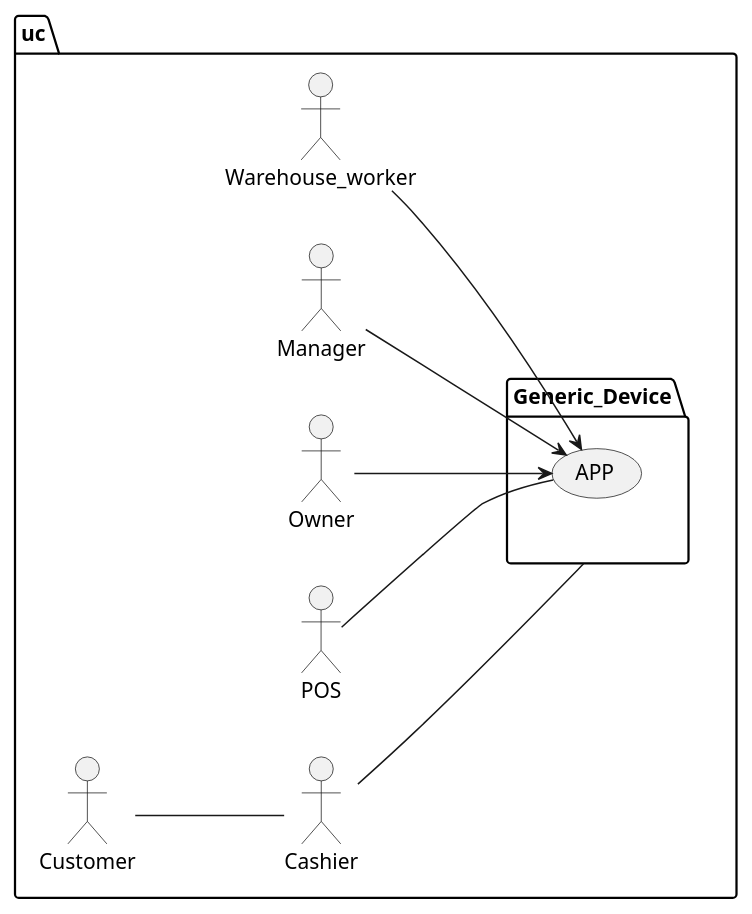
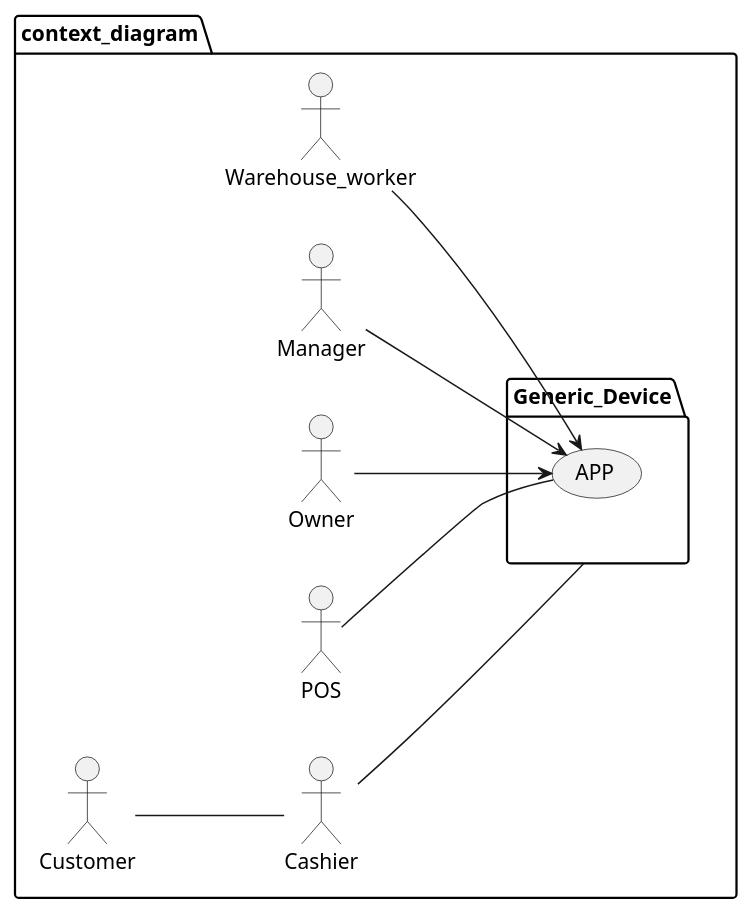
The first of 2 diagrams in Deliverables/RequirementsDocument.md (mkexc/ezshop), drawn with PlantUML before and after one commit. The commit also changed other lines of this file, not shown here.

Commit message:
Added use cases diagram

````diff
--- a/Deliverables/RequirementsDocument.md
+++ b/Deliverables/RequirementsDocument.md
@@ -180,25 +53,24 @@
 ```plantuml
-
 @startuml
 left to right direction
-package uc {
+package context_diagram {
   actor Warehouse_worker as WW
   actor Manager as MNG
   actor Owner as OWN
   actor Cashier as CSH
   actor Customer as CST
-  actor POS 
+  actor POS
   package Generic_Device {
     usecase "APP" as APP
-    
+
   }
   WW --> APP
   MNG --> APP
   OWN --> APP
   CSH -- Generic_Device
   CST -- CSH
   POS -- APP
 }
 
 @enduml
 ```
````
